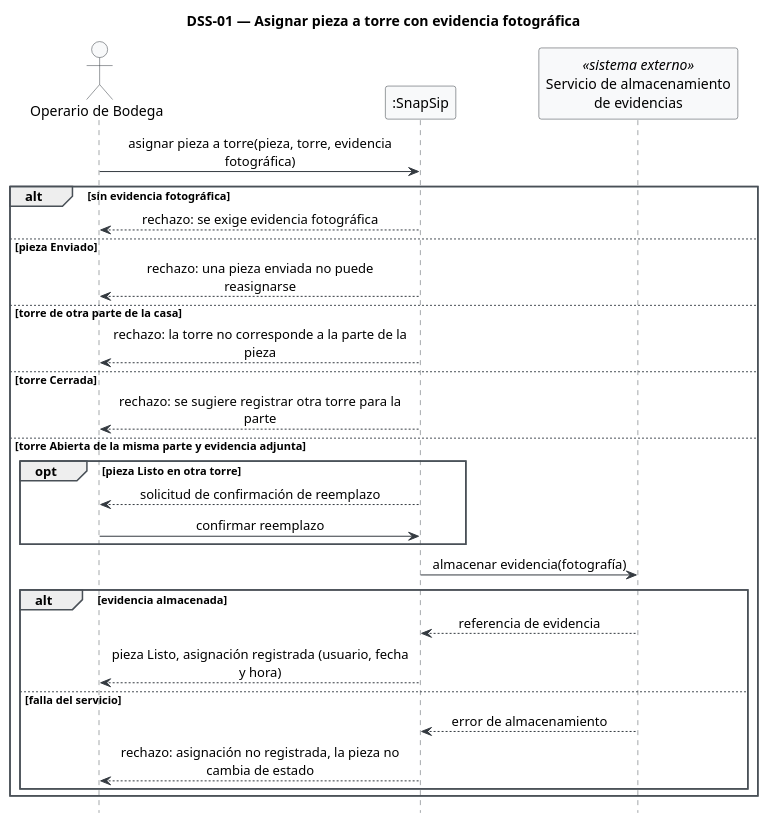
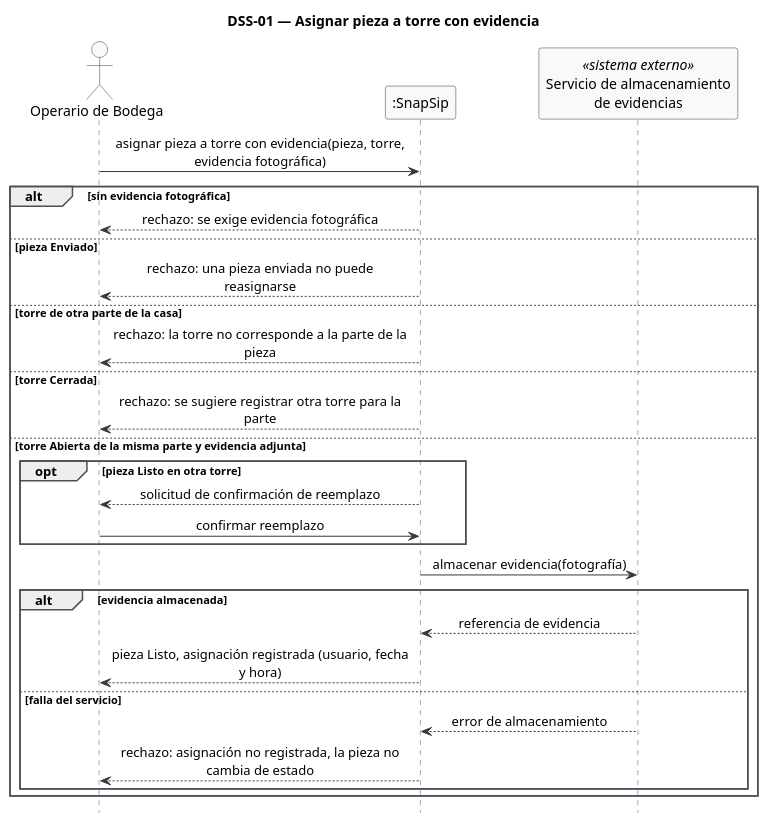
The diagram in diagramas/dss-01.puml (Foyzen-Kaze/snapsip), drawn with PlantUML before and after one commit.

```diff
--- a/diagramas/dss-01.puml
+++ b/diagramas/dss-01.puml
@@ -1,44 +1,44 @@
 @startuml dss-01
-title DSS-01 — Asignar pieza a torre con evidencia fotográfica
+title DSS-01 — Asignar pieza a torre con evidencia
 hide footbox
 skinparam shadowing false
 skinparam sequenceMessageAlign center
 skinparam maxMessageSize 300
 skinparam sequence {
   ArrowColor #343A40
   LifeLineBorderColor #495057
   ParticipantBackgroundColor #F8F9FA
   ParticipantBorderColor #343A40
   ActorBackgroundColor #F8F9FA
   ActorBorderColor #343A40
   GroupBorderColor #495057
 }
 
 actor "Operario de Bodega" as OP
 participant ":SnapSip" as SS
 participant "Servicio de almacenamiento\nde evidencias" as ALM <<sistema externo>>
 
-OP -> SS : asignar pieza a torre(pieza, torre, evidencia fotográfica)
+OP -> SS : asignar pieza a torre con evidencia(pieza, torre, evidencia fotográfica)
 alt sin evidencia fotográfica
   SS --> OP : rechazo: se exige evidencia fotográfica
 else pieza Enviado
   SS --> OP : rechazo: una pieza enviada no puede reasignarse
 else torre de otra parte de la casa
   SS --> OP : rechazo: la torre no corresponde a la parte de la pieza
 else torre Cerrada
   SS --> OP : rechazo: se sugiere registrar otra torre para la parte
 else torre Abierta de la misma parte y evidencia adjunta
   opt pieza Listo en otra torre
     SS --> OP : solicitud de confirmación de reemplazo
     OP -> SS : confirmar reemplazo
   end
   SS -> ALM : almacenar evidencia(fotografía)
   alt evidencia almacenada
     ALM --> SS : referencia de evidencia
     SS --> OP : pieza Listo, asignación registrada (usuario, fecha y hora)
   else falla del servicio
     ALM --> SS : error de almacenamiento
     SS --> OP : rechazo: asignación no registrada, la pieza no cambia de estado
   end
 end
 @enduml
```
